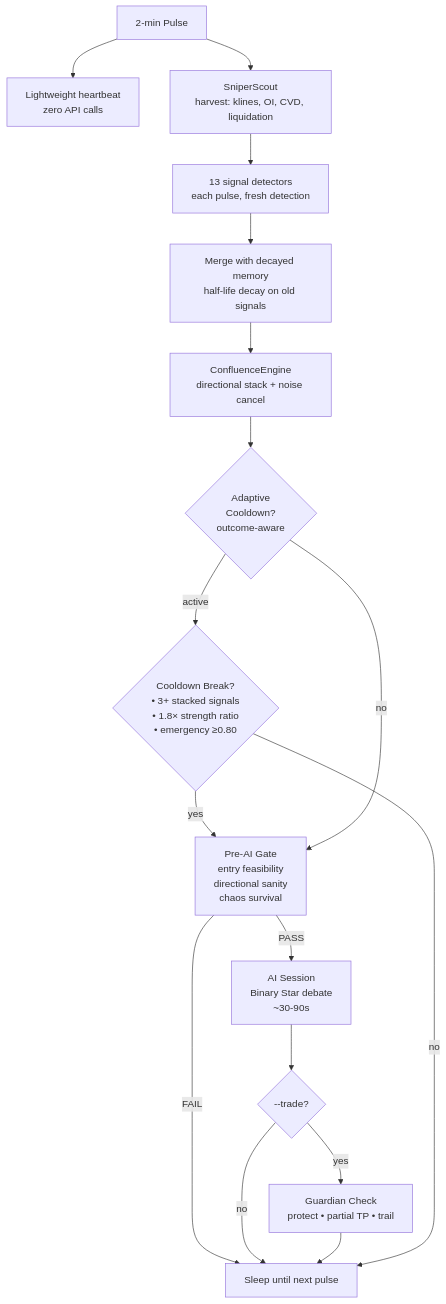
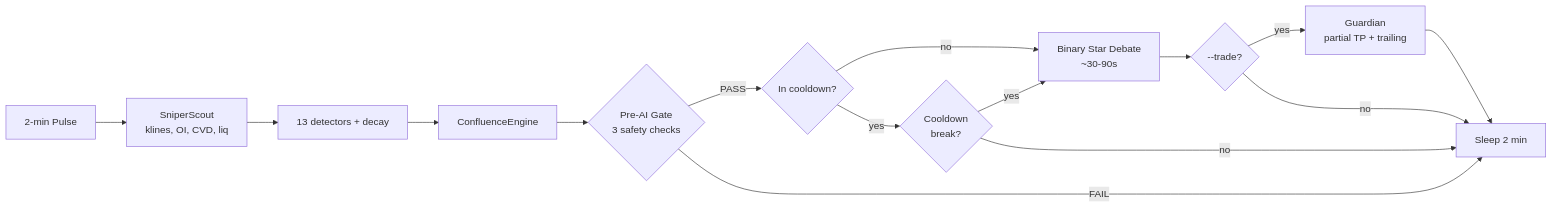
Before and after one commit to jiangyang5157/binary-star: the fourth of 6 diagrams in README.md, drawn with Mermaid. The commit also changed other lines of this file, not shown here.

````diff
--- a/README.md
+++ b/README.md
@@ -204,19 +183,22 @@
 ```mermaid
-graph TD
-    Pulse["2-min Pulse"] --> LW["Lightweight heartbeat<br/>zero API calls"]
-    Pulse --> Scout["SniperScout<br/>harvest: klines, OI, CVD, liquidation"]
-    Scout --> Detect["13 signal detectors<br/>each pulse, fresh detection"]
-    Detect --> Merge["Merge with decayed memory<br/>half-life decay on old signals"]
-    Merge --> Confluence["ConfluenceEngine<br/>directional stack + noise cancel"]
-    Confluence --> Cooldown{"Adaptive<br/>Cooldown?<br/>outcome-aware"}
-    Cooldown -->|active| Break{"Cooldown Break?<br/>• 3+ stacked signals<br/>• 1.8× strength ratio<br/>• emergency ≥0.80"}
-    Break -->|yes| Gate
-    Cooldown -->|no| Gate["Pre-AI Gate<br/>entry feasibility<br/>directional sanity<br/>chaos survival"]
-    Gate -->|PASS| AI["AI Session<br/>Binary Star debate<br/>~30-90s"]
-    Gate -->|FAIL| Sleep
-    AI --> Trade{"--trade?"}
-    Trade -->|yes| Guardian["Guardian Check<br/>protect • partial TP • trail"]
-    Trade -->|no| Sleep["Sleep until next pulse"]
+graph LR
+    Pulse["2-min Pulse"]
+    Pulse --> Scout["SniperScout<br/>klines, OI, CVD, liq"]
+    Scout --> Detect["13 detectors + decay"]
+    Detect --> Score["ConfluenceEngine"]
+    Score --> Gate{"Pre-AI Gate<br/>3 safety checks"}
+
+    Gate -->|PASS| Cooldown{"In cooldown?"}
+    Gate -->|FAIL| Sleep["Sleep 2 min"]
+
+    Cooldown -->|no| Debate["Binary Star Debate<br/>~30-90s"]
+    Cooldown -->|yes| Break{"Cooldown<br/>break?"}
+
+    Break -->|yes| Debate
+    Break -->|no| Sleep
+
+    Debate --> Trade{"--trade?"}
+    Trade -->|yes| Guardian["Guardian<br/>partial TP + trailing"]
+    Trade -->|no| Sleep
     Guardian --> Sleep
-    Break -->|no| Sleep
 ```
````
